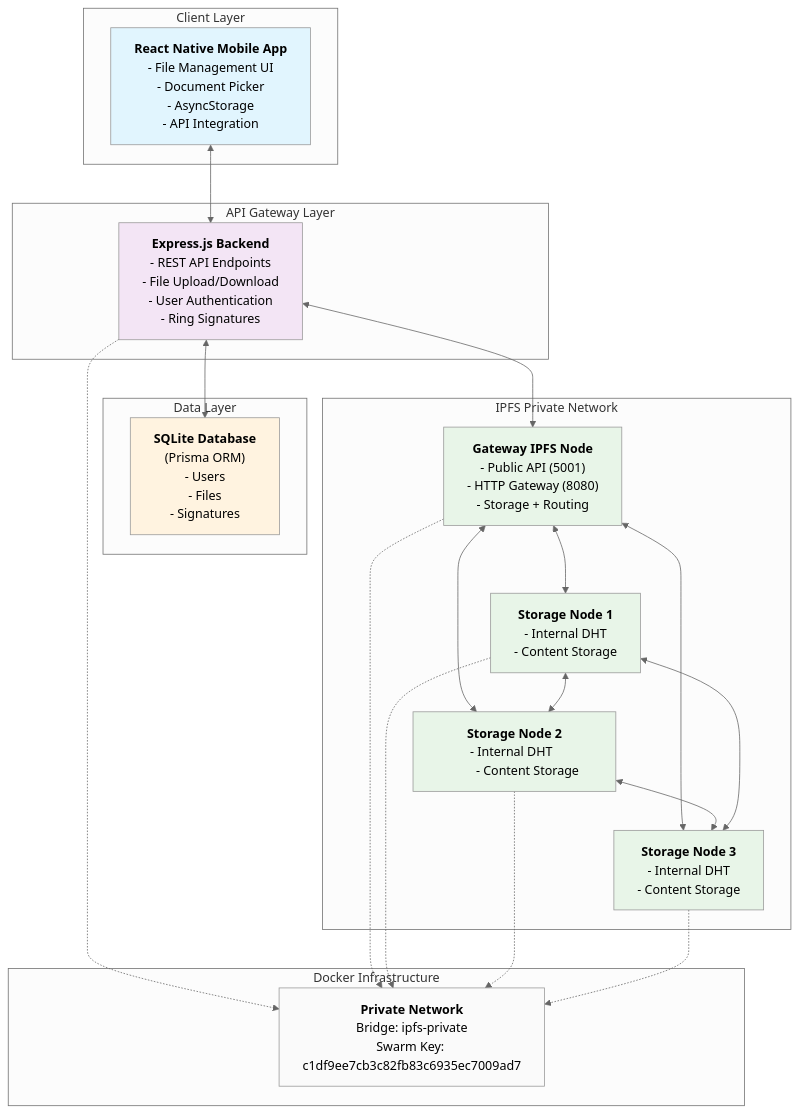
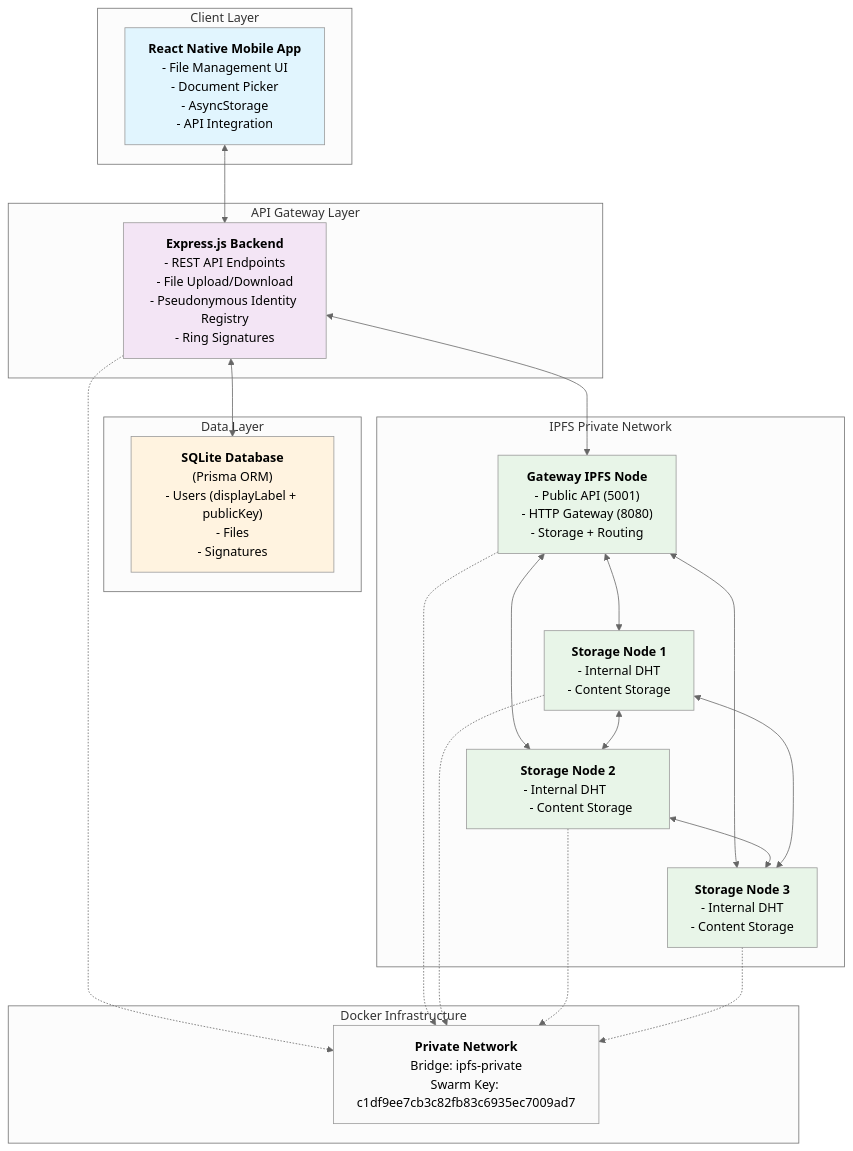
Before and after one commit to nguyenphuc22/ipfs-sandbox: the first of 27 diagrams in SYSTEM_ARCHITECTURE.md, drawn with Mermaid (neutral theme). The commit also changed other lines of this file and 48 other files, not shown here.

Commit message:
Add initialization screen for AOT identity setup; implement display name input and secure key generation flow. Update AppWithIPFS to integrate identity management and enhance user experience with identity display.

```diff
--- a/SYSTEM_ARCHITECTURE.md
+++ b/SYSTEM_ARCHITECTURE.md
@@ -20,14 +20,14 @@
         Gateway["`**Express.js Backend**
         - REST API Endpoints
         - File Upload/Download
-        - User Authentication
+        - Pseudonymous Identity Registry
         - Ring Signatures`"]
     end
 
     subgraph "Data Layer"
         DB["`**SQLite Database**
         (Prisma ORM)
-        - Users
+        - Users (displayLabel + publicKey)
         - Files
         - Signatures`"]
     end
```
